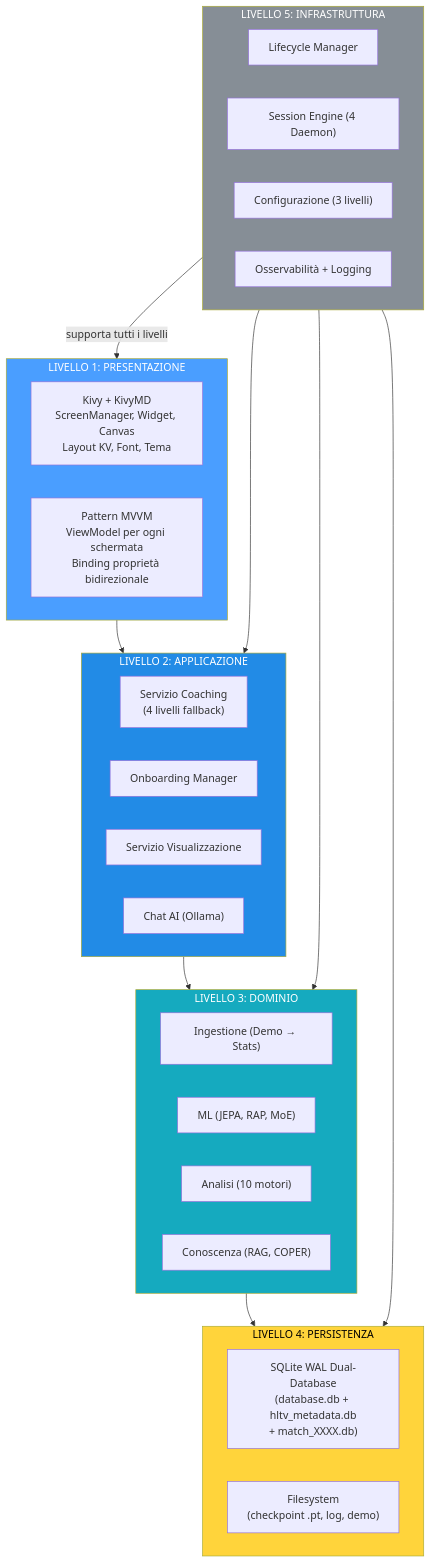
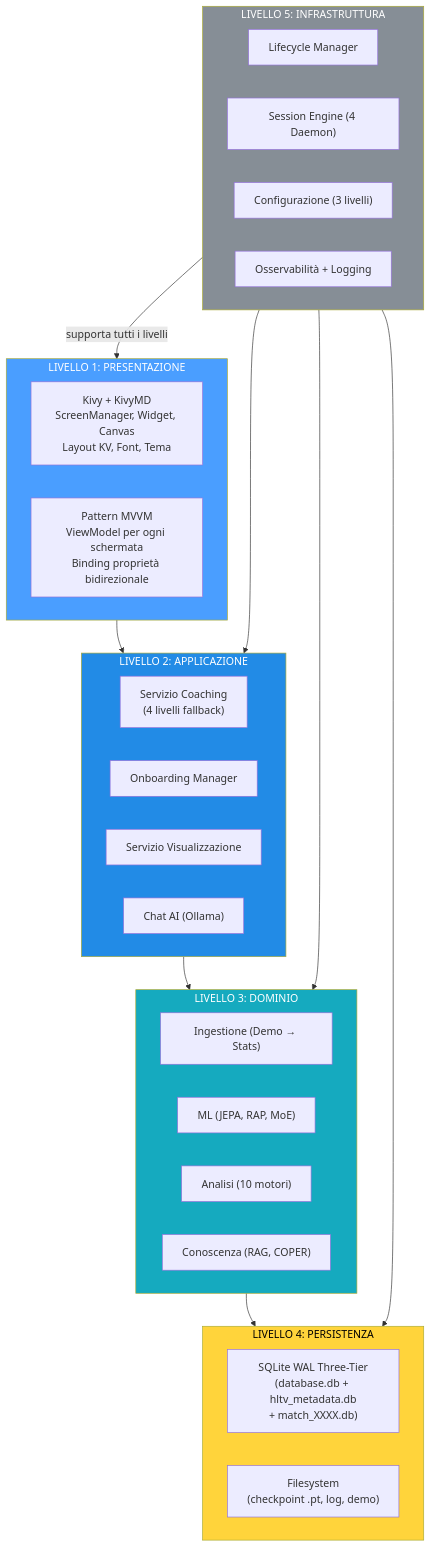
One commit to renanaugustomacena-ux/Counter-Strike-coach-AI changed diagram 52 of 55 in docs/books/Book-Coach-3.md. Above: the diagram before and after it, drawn with Mermaid. The commit also changed other lines of this file, not shown here.

````diff
--- a/docs/books/Book-Coach-3.md
+++ b/docs/books/Book-Coach-3.md
@@ -2831,43 +2853,43 @@
 ```mermaid
 flowchart TB
     subgraph L1["LIVELLO 1: PRESENTAZIONE"]
         KIVY["Kivy + KivyMD<br/>ScreenManager, Widget, Canvas<br/>Layout KV, Font, Tema"]
         MVVM["Pattern MVVM<br/>ViewModel per ogni schermata<br/>Binding proprietà bidirezionale"]
     end
     subgraph L2["LIVELLO 2: APPLICAZIONE"]
         COACHING["Servizio Coaching<br/>(4 livelli fallback)"]
         ONBOARD["Onboarding Manager"]
         VIS["Servizio Visualizzazione"]
         CHAT["Chat AI (Ollama)"]
     end
     subgraph L3["LIVELLO 3: DOMINIO"]
         INGEST["Ingestione (Demo → Stats)"]
         ML["ML (JEPA, RAP, MoE)"]
         ANALYSIS["Analisi (10 motori)"]
         KNOWLEDGE["Conoscenza (RAG, COPER)"]
     end
     subgraph L4["LIVELLO 4: PERSISTENZA"]
-        SQLITE["SQLite WAL Dual-Database<br/>(database.db + hltv_metadata.db<br/>+ match_XXXX.db)"]
+        SQLITE["SQLite WAL Three-Tier<br/>(database.db + hltv_metadata.db<br/>+ match_XXXX.db)"]
         FILES["Filesystem<br/>(checkpoint .pt, log, demo)"]
     end
     subgraph L5["LIVELLO 5: INFRASTRUTTURA"]
         LIFECYCLE["Lifecycle Manager"]
         SESSION["Session Engine (4 Daemon)"]
         CONFIG["Configurazione (3 livelli)"]
         LOGGING["Osservabilità + Logging"]
     end
 
     L1 --> L2
     L2 --> L3
     L3 --> L4
     L5 -->|"supporta tutti i livelli"| L1
     L5 --> L2
     L5 --> L3
     L5 --> L4
 
     style L1 fill:#4a9eff,color:#fff
     style L2 fill:#228be6,color:#fff
     style L3 fill:#15aabf,color:#fff
     style L4 fill:#ffd43b,color:#000
     style L5 fill:#868e96,color:#fff
 ```
````
